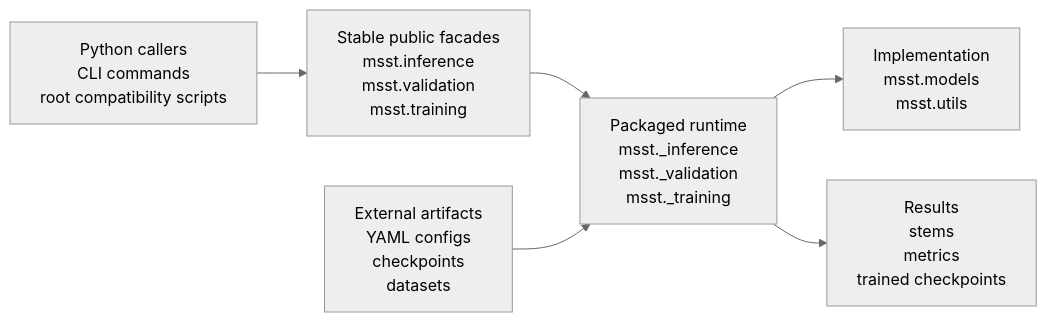
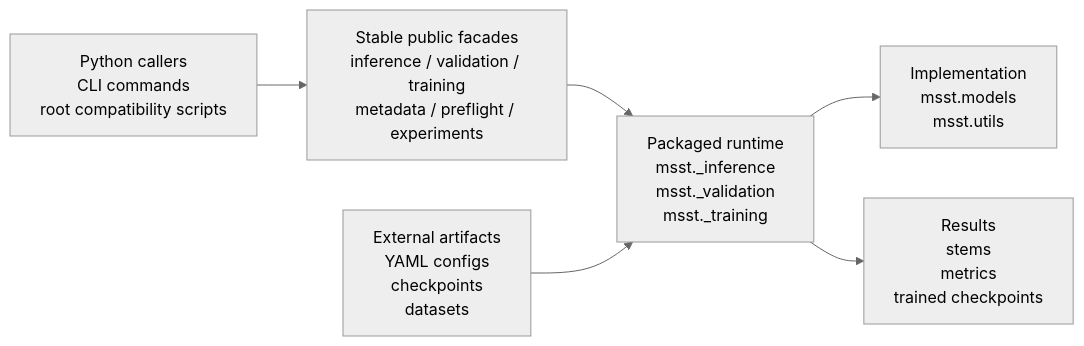
One commit to kiselecheck/Music-Source-Separation-Training changed the diagram in docs/package_architecture.md. Above: the diagram before and after it, drawn with Mermaid (neutral theme). The commit also changed other lines of this file and 5 other files, not shown here.

````diff
--- a/docs/package_architecture.md
+++ b/docs/package_architecture.md
@@ -11,13 +11,13 @@
 ```mermaid
 flowchart LR
     callers["Python callers<br/>CLI commands<br/>root compatibility scripts"]
-    api["Stable public facades<br/>msst.inference<br/>msst.validation<br/>msst.training"]
+    api["Stable public facades<br/>inference / validation / training<br/>metadata / preflight / experiments"]
     runtime["Packaged runtime<br/>msst._inference<br/>msst._validation<br/>msst._training"]
     internals["Implementation<br/>msst.models<br/>msst.utils"]
     artifacts["External artifacts<br/>YAML configs<br/>checkpoints<br/>datasets"]
     outputs["Results<br/>stems<br/>metrics<br/>trained checkpoints"]
 
     callers --> api --> runtime --> internals
     artifacts --> runtime
     runtime --> outputs
 ```
````
